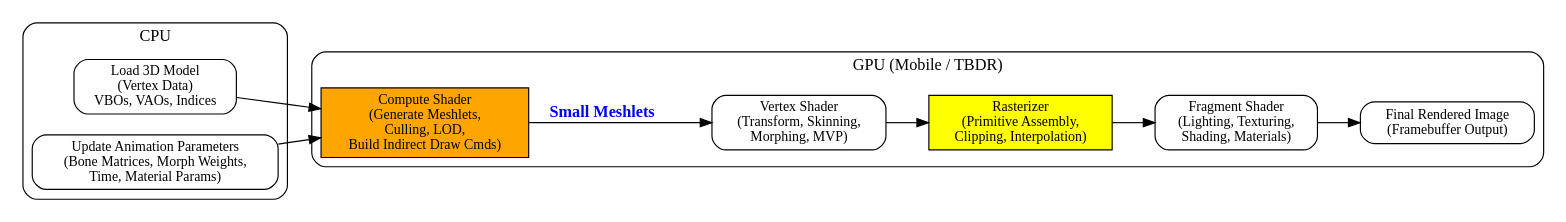
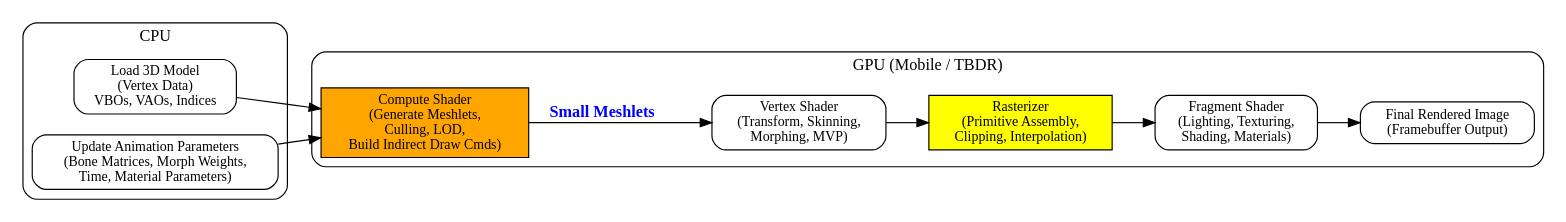
One commit to Jonathan2251/gpu changed the diagram in Fig/opengl/short-mobile-rendering-pipeline-shaders-cpu-gpu.gv. Above: the diagram before and after it, drawn with Graphviz. The commit also changed 31 other files, not shown here.

```diff
--- a/Fig/opengl/short-mobile-rendering-pipeline-shaders-cpu-gpu.gv
+++ b/Fig/opengl/short-mobile-rendering-pipeline-shaders-cpu-gpu.gv
@@ -1,37 +1,37 @@
 digraph CPU_GPU_MobilePipeline {
     rankdir=LR;
     node [shape=box, style=rounded, fontsize=12];
 
     subgraph cluster_cpu {
         label="CPU";
         style=rounded;
 
         CPU_Vertex   [label="Load 3D Model\n(Vertex Data)\nVBOs, VAOs, Indices"];
-        CPU_Anim     [label="Update Animation Parameters\n(Bone Matrices, Morph Weights,\nTime, Material Params)"];
+        CPU_Anim     [label="Update Animation Parameters\n(Bone Matrices, Morph Weights,\nTime, Material Parameters)"];
     }
 
     subgraph cluster_gpu {
         label="GPU (Mobile / TBDR)";
         style=rounded;
 
         CS_Meshlet [label="Compute Shader\n(Generate Meshlets,\nCulling, LOD,\nBuild Indirect Draw Cmds)", 
                     style=filled, fillcolor=orange];
 
         VS         [label="Vertex Shader\n(Transform, Skinning,\nMorphing, MVP)"];
 
         Raster     [label="Rasterizer\n(Primitive Assembly,\nClipping, Interpolation)",
                     style=filled, fillcolor=yellow];
 
         FS         [label="Fragment Shader\n(Lighting, Texturing,\nShading, Materials)"];
 
         FB         [label="Final Rendered Image\n(Framebuffer Output)"];
     }
 
     CPU_Vertex -> CS_Meshlet;
     CPU_Anim   -> CS_Meshlet;
 
     CS_Meshlet -> VS [label=<<b><font color="blue">Small Meshlets</font></b>>];
     VS -> Raster;
     Raster -> FS;
     FS -> FB;
 }
```
